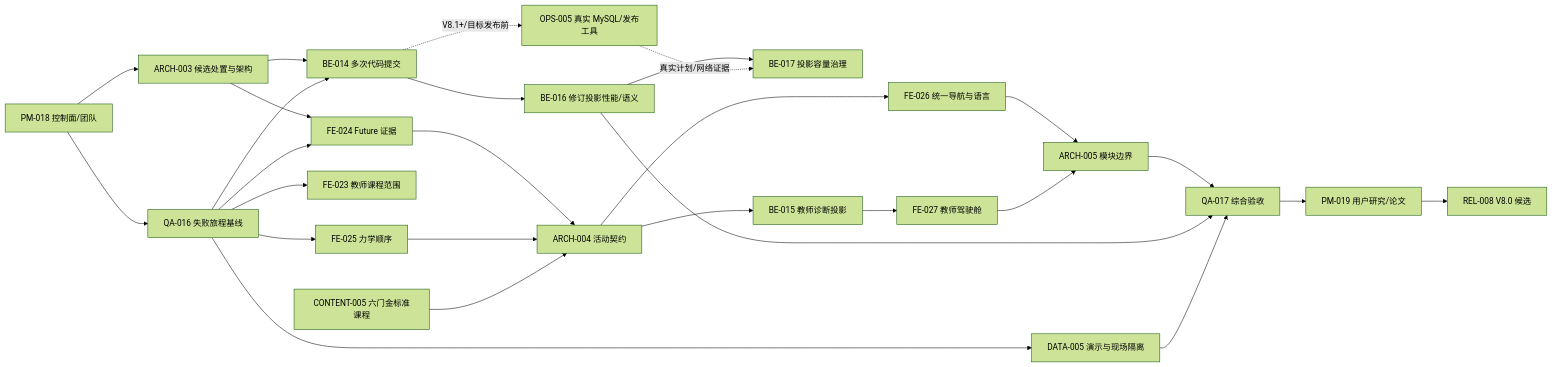
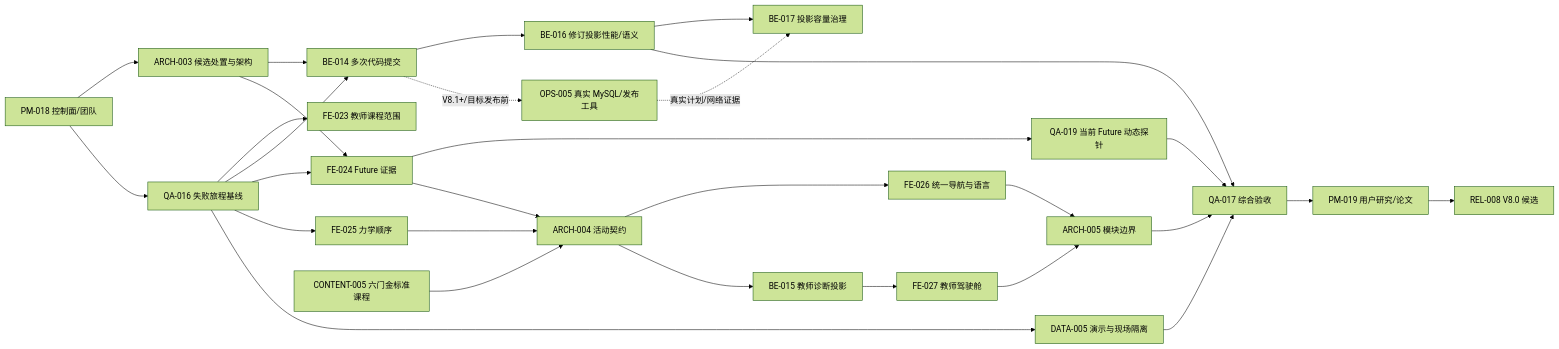
The sixth of 6 diagrams in doc/02-项目规划.md (falling-feather/Astra), drawn with Mermaid (forest theme) before and after one commit. The commit also changed other lines of this file and 1 other file, not shown here.

````diff
--- a/doc/02-项目规划.md
+++ b/doc/02-项目规划.md
@@ -402,29 +426,31 @@
 ```mermaid
 flowchart LR
     PM18["PM-018 控制面/团队"] --> ARCH3["ARCH-003 候选处置与架构"]
     PM18 --> QA16["QA-016 失败旅程基线"]
     ARCH3 --> BE14["BE-014 多次代码提交"]
     BE14 --> BE16["BE-016 修订投影性能/语义"]
     BE16 --> BE17["BE-017 投影容量治理"]
     BE14 -. "V8.1+/目标发布前" .-> OPS5["OPS-005 真实 MySQL/发布工具"]
     OPS5 -. "真实计划/网络证据" .-> BE17
     ARCH3 --> FE24["FE-024 Future 证据"]
     QA16 --> FE23["FE-023 教师课程范围"]
     QA16 --> BE14
     QA16 --> FE24
+    FE24 --> QA19["QA-019 当前 Future 动态探针"]
     QA16 --> FE25["FE-025 力学顺序"]
     QA16 --> DATA5["DATA-005 演示与现场隔离"]
     FE24 --> ARCH4["ARCH-004 活动契约"]
     FE25 --> ARCH4
     CONTENT5["CONTENT-005 六门金标准课程"] --> ARCH4
     ARCH4 --> FE26["FE-026 统一导航与语言"]
     ARCH4 --> BE15["BE-015 教师诊断投影"]
     BE15 --> FE27["FE-027 教师驾驶舱"]
     FE26 --> ARCH5["ARCH-005 模块边界"]
     FE27 --> ARCH5
     ARCH5 --> QA17["QA-017 综合验收"]
+    QA19 --> QA17
     BE16 --> QA17
     DATA5 --> QA17
     QA17 --> PM19["PM-019 用户研究/论文"]
     PM19 --> REL8["REL-008 V8.0 候选"]
 ```
````
